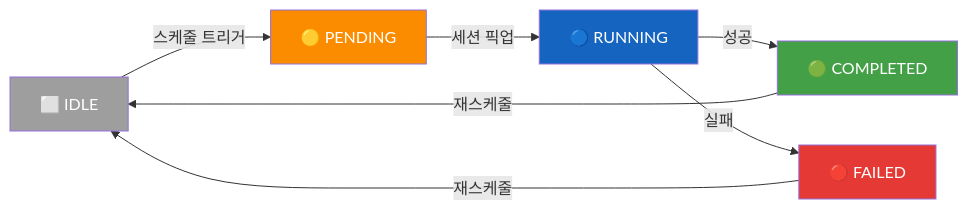
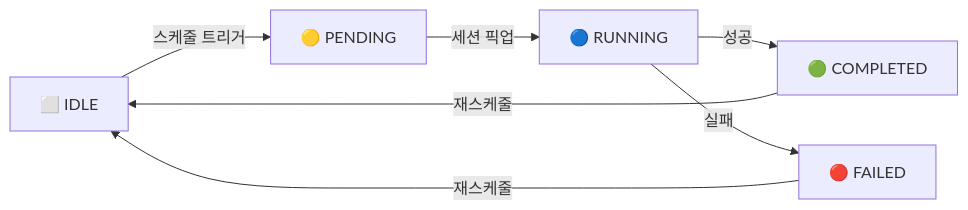
Before and after one commit to cybertarzan/vibe-crawler-handover: the sixth of 7 diagrams in docs/backend/02-architecture-and-design.md, drawn with Mermaid. The commit also changed other lines of this file and 30 other files, not shown here.

Commit message:
style: 모든 mermaid 다이어그램에서 커스텀 배경색 제거 (기본 테마 사용)

````diff
--- a/docs/backend/02-architecture-and-design.md
+++ b/docs/backend/02-architecture-and-design.md
@@ -311,15 +299,10 @@
 ```mermaid
 flowchart LR
     IDLE["⬜ IDLE"] -->|스케줄 트리거| PENDING["🟡 PENDING"]
     PENDING -->|세션 픽업| RUNNING["🔵 RUNNING"]
     RUNNING -->|성공| COMPLETED["🟢 COMPLETED"]
     RUNNING -->|실패| FAILED["🔴 FAILED"]
     COMPLETED -->|재스케줄| IDLE
     FAILED -->|재스케줄| IDLE
 
-    style IDLE fill:#9E9E9E,color:#fff
-    style PENDING fill:#FB8C00,color:#fff
-    style RUNNING fill:#1565C0,color:#fff
-    style COMPLETED fill:#43A047,color:#fff
-    style FAILED fill:#e53935,color:#fff
 ```
````
